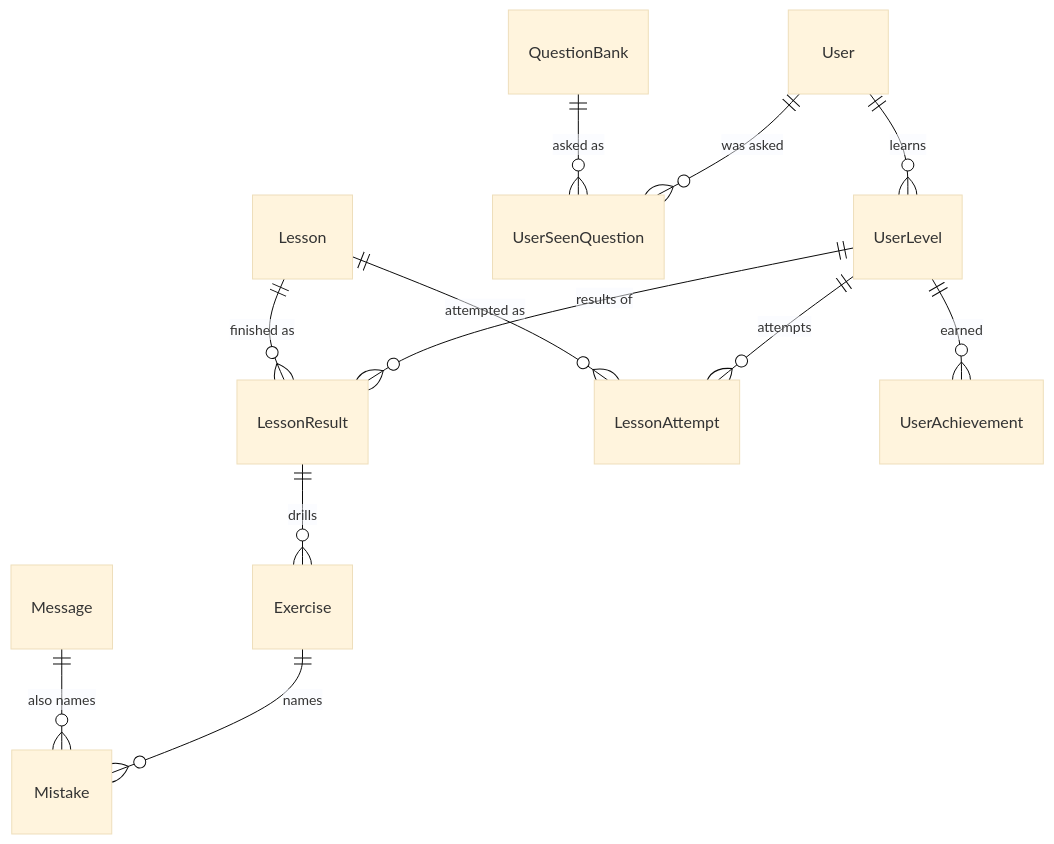
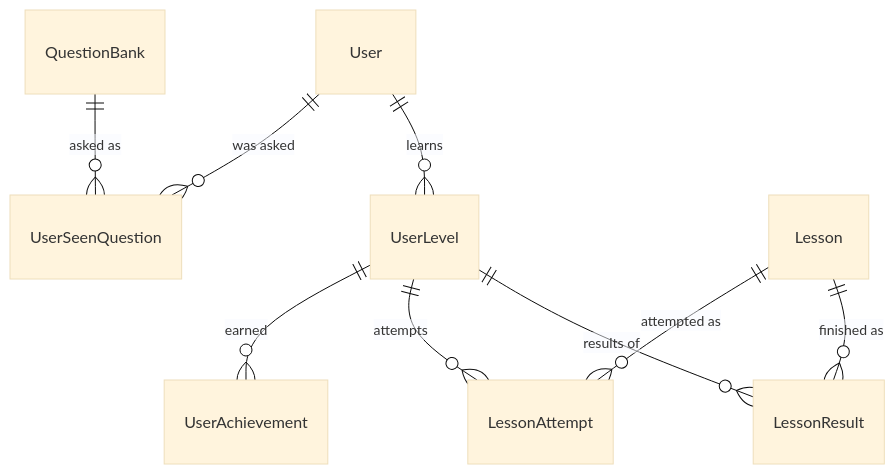
The third of 4 diagrams in docs/PRODUCT_ARCHITECTURE.md (VictorBro/ft_transcendence), drawn with Mermaid (base theme) before and after one commit. The commit also changed other lines of this file and 2 other files, not shown here.

First line of the commit message:
docs: align the product and technical architecture with Milestone 2

````diff
--- a/docs/PRODUCT_ARCHITECTURE.md
+++ b/docs/PRODUCT_ARCHITECTURE.md
@@ -759,14 +620,11 @@
 ```mermaid
 erDiagram
     User         ||--o{ UserLevel        : "learns"
     User         ||--o{ UserSeenQuestion : "was asked"
     QuestionBank ||--o{ UserSeenQuestion : "asked as"
     UserLevel    ||--o{ LessonResult     : "results of"
     Lesson       ||--o{ LessonResult     : "finished as"
     UserLevel    ||--o{ LessonAttempt    : "attempts"
     Lesson       ||--o{ LessonAttempt    : "attempted as"
     UserLevel    ||--o{ UserAchievement  : "earned"
-    LessonResult ||--o{ Exercise         : "drills"
-    Exercise     ||--o{ Mistake          : "names"
-    Message      ||--o{ Mistake          : "also names"
 ```
````
